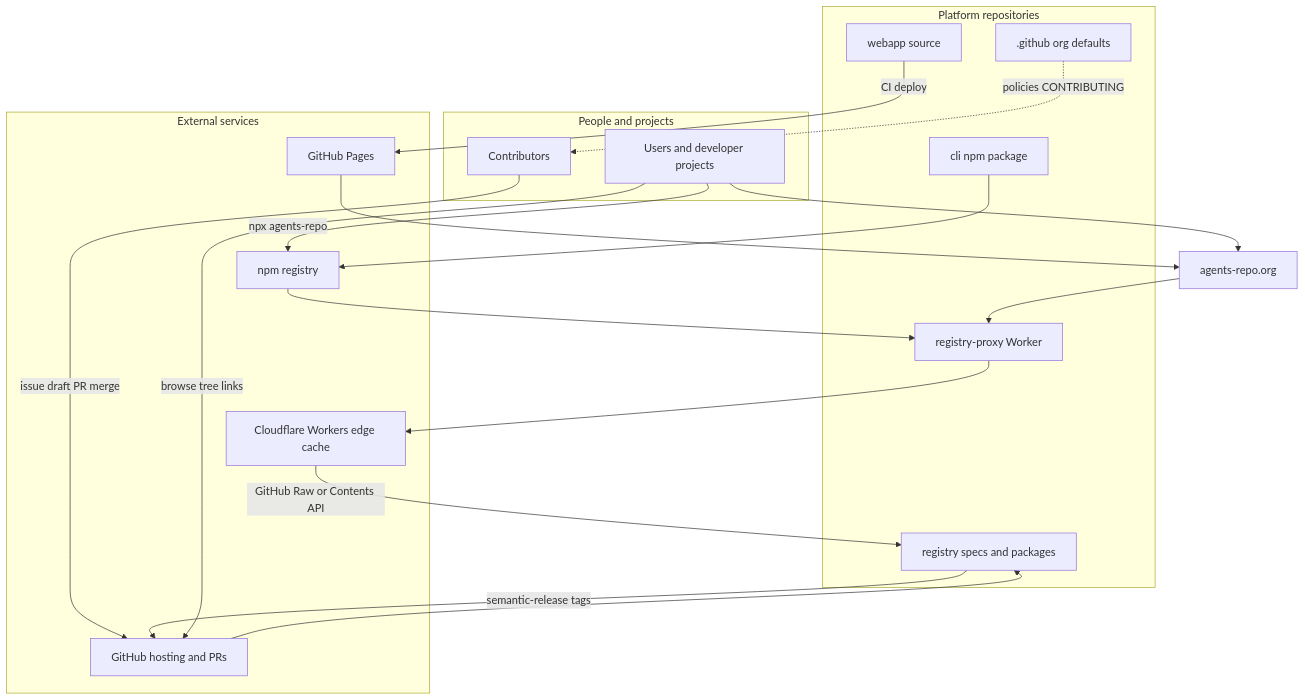
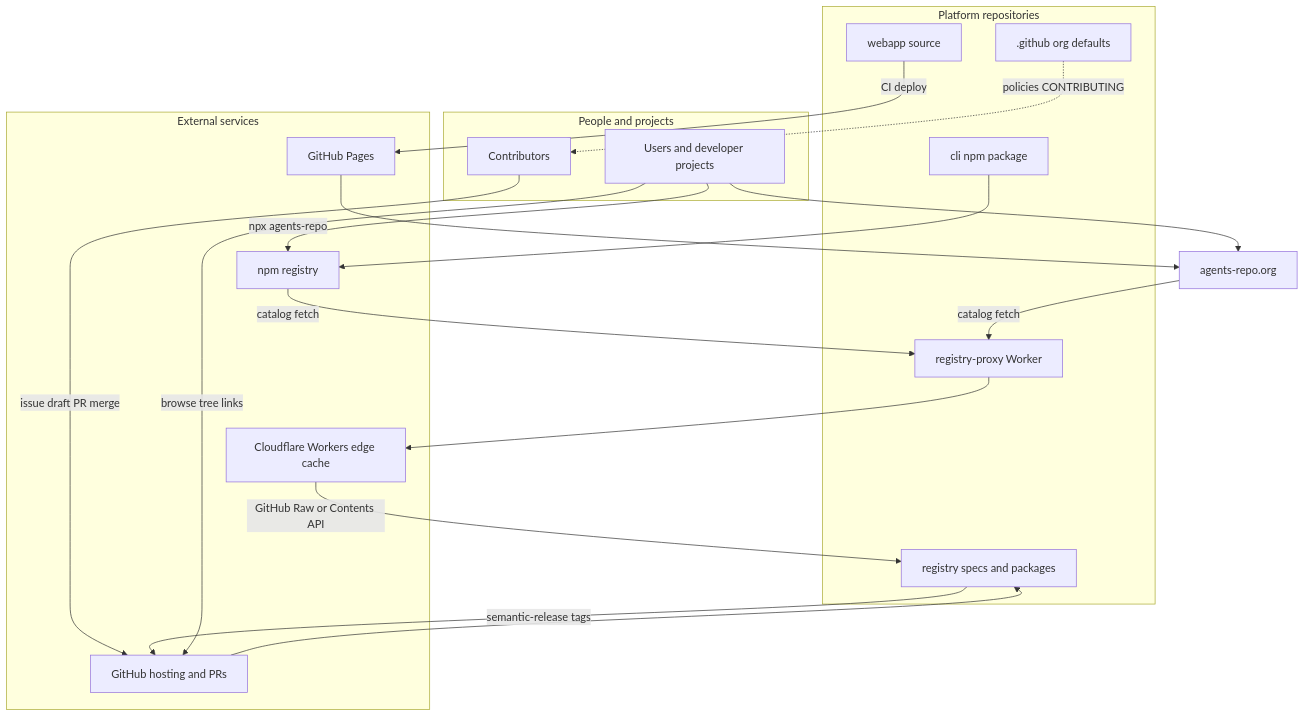
The first of 4 diagrams in docs/ecosystem.md (agents-repo/.github), drawn with Mermaid before and after one commit. The commit also changed other lines of this file and 1 other file, not shown here.

First line of the commit message:
docs: clarify ecosystem diagram fetch direction and overrides

````diff
--- a/docs/ecosystem.md
+++ b/docs/ecosystem.md
@@ -13,40 +14,40 @@
 ```mermaid
 flowchart TB
   subgraph orgRepos [Platform repositories]
     Registry[registry specs and packages]
     Proxy[registry-proxy Worker]
     WebappRepo[webapp source]
     CliRepo[cli npm package]
     OrgGithub[.github org defaults]
   end
 
   subgraph external [External services]
     GitHub[GitHub hosting and PRs]
     Cloudflare[Cloudflare Workers edge cache]
     Npm[npm registry]
     Pages[GitHub Pages]
   end
 
   subgraph users [People and projects]
     Contributor[Contributors]
     EndUser[Users and developer projects]
   end
 
   Contributor -->|issue draft PR merge| GitHub
   GitHub --> Registry
   Registry -->|semantic-release tags| GitHub
 
   WebappRepo -->|CI deploy| Pages
   Pages --> Site[agents-repo.org]
   CliRepo --> Npm
 
   EndUser --> Site
   EndUser -->|npx agents-repo| Npm
-  Site --> Proxy
-  Npm --> Proxy
+  Site -->|catalog fetch| Proxy
+  Npm -->|catalog fetch| Proxy
   Proxy --> Cloudflare
   Cloudflare -->|GitHub Raw or Contents API| Registry
 
   EndUser -->|browse tree links| GitHub
   OrgGithub -.->|policies CONTRIBUTING| Contributor
 ```
````
